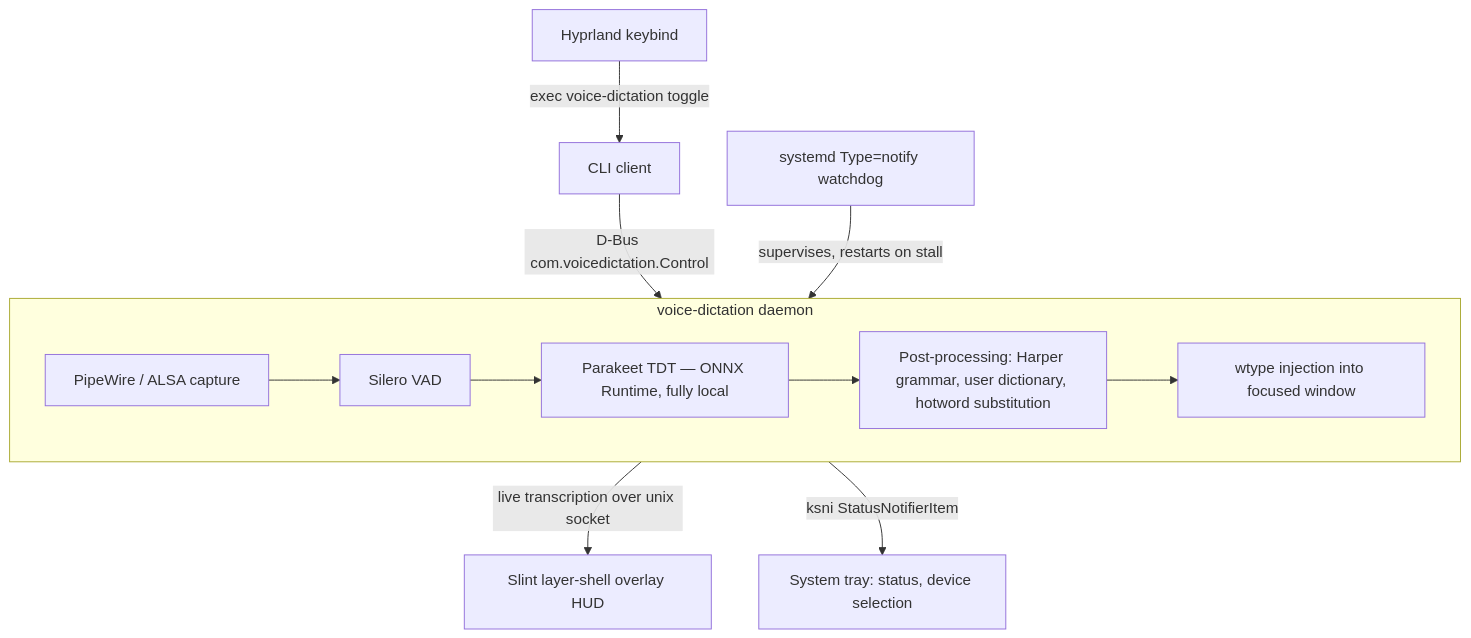
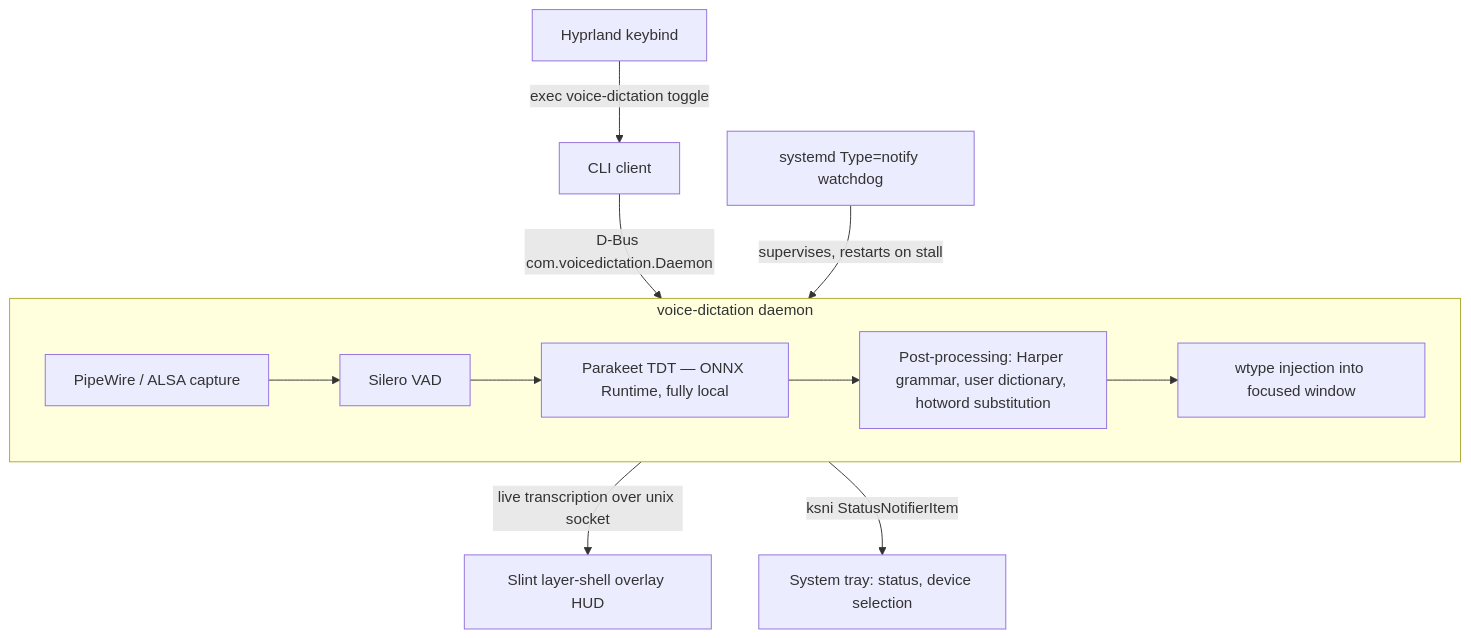
Before and after one commit to MasonRhodesDev/hyprland-voice-dictation: the diagram in README.md, drawn with Mermaid. The commit also changed 4 other files, not shown here.

First line of the commit message:
fix: take CLI recording state from the daemon over D-Bus

````diff
--- a/README.md
+++ b/README.md
@@ -21,16 +21,16 @@
 ```mermaid
 flowchart TD
     key["Hyprland keybind"] -->|"exec voice-dictation toggle"| cli["CLI client"]
-    cli -->|"D-Bus com.voicedictation.Control"| engine
+    cli -->|"D-Bus com.voicedictation.Daemon"| engine
 
     subgraph engine["voice-dictation daemon"]
         cap["PipeWire / ALSA capture"] --> vad["Silero VAD"]
         vad --> asr["Parakeet TDT — ONNX Runtime, fully local"]
         asr --> post["Post-processing: Harper grammar, user dictionary, hotword substitution"]
         post --> inject["wtype injection into focused window"]
     end
 
     engine -->|"live transcription over unix socket"| hud["Slint layer-shell overlay HUD"]
     engine -->|"ksni StatusNotifierItem"| tray["System tray: status, device selection"]
     systemd["systemd Type=notify watchdog"] -->|"supervises, restarts on stall"| engine
 ```
````
